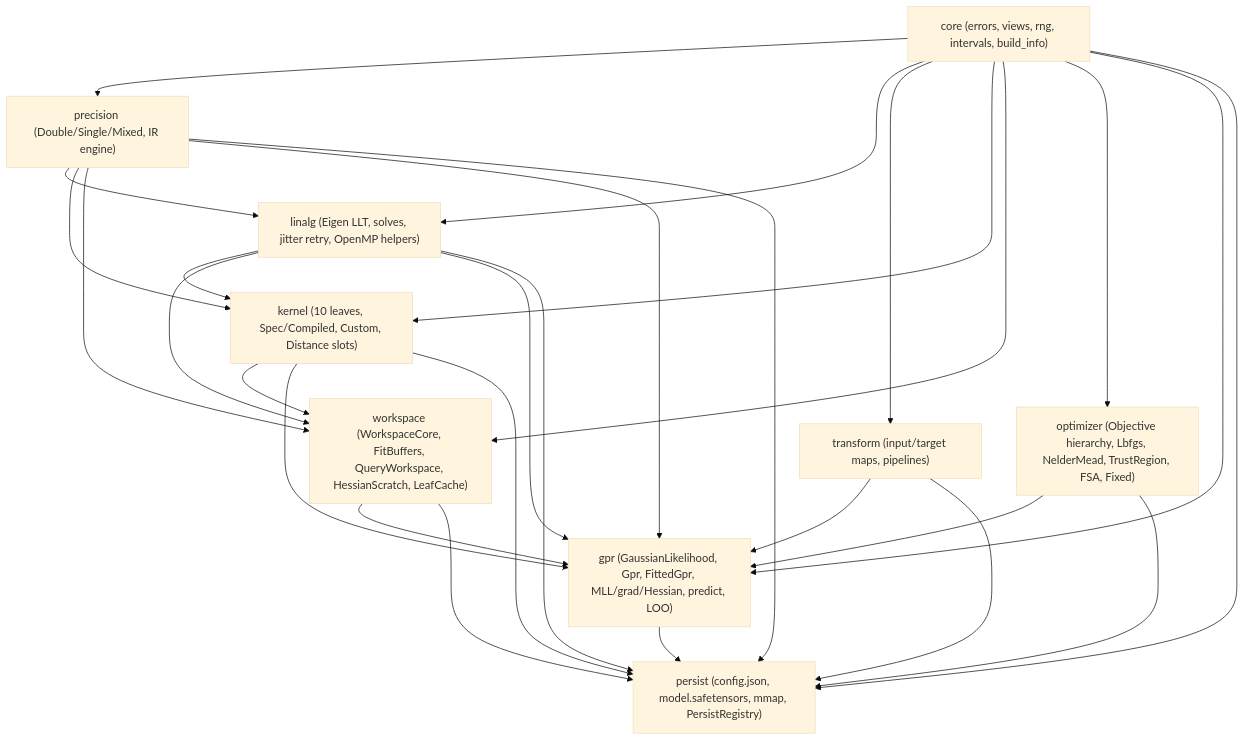
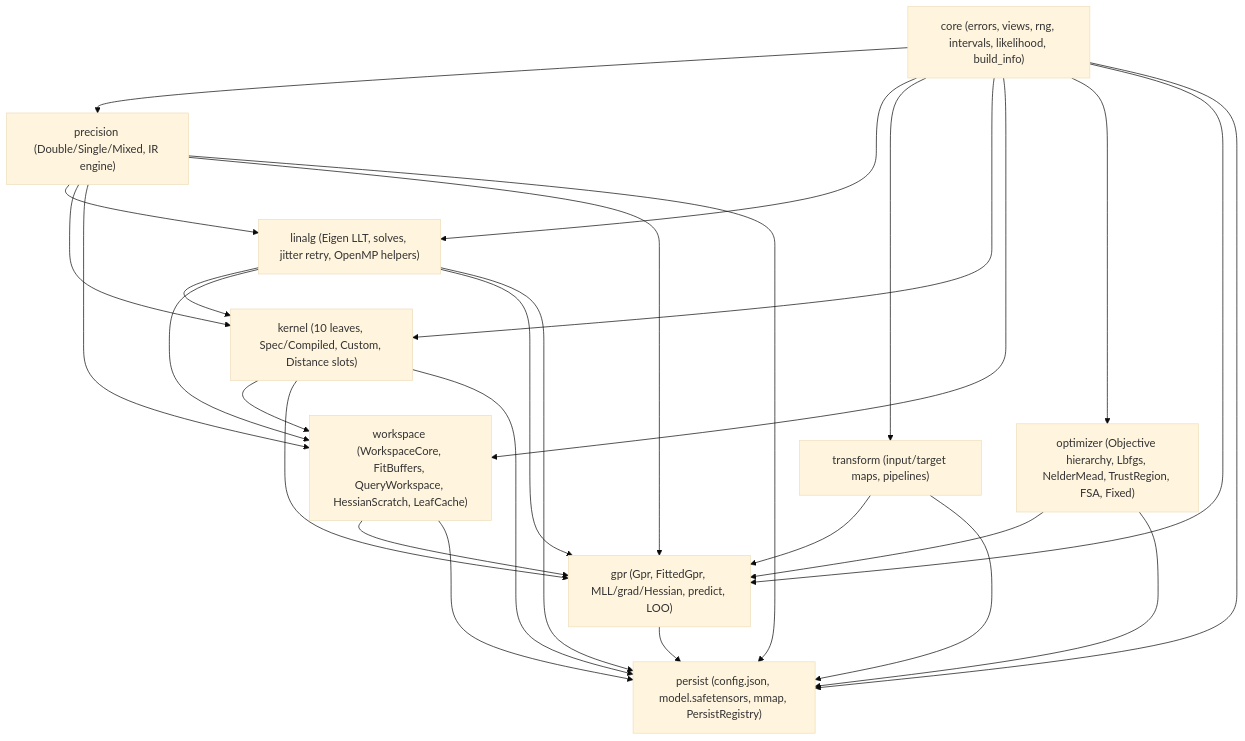
The diagram in docs/architecture.md (YUKIKEDA/cxxgpr), drawn with Mermaid (base theme) before and after one commit. The commit also changed other lines of this file and 22 other files, not shown here.

````diff
--- a/docs/architecture.md
+++ b/docs/architecture.md
@@ -7,40 +7,40 @@
 ```mermaid
 flowchart TB
-  CORE["core (errors, views, rng, intervals, build_info)"]
+  CORE["core (errors, views, rng, intervals, likelihood, build_info)"]
   PREC["precision (Double/Single/Mixed, IR engine)"]
   LIN["linalg (Eigen LLT, solves, jitter retry, OpenMP helpers)"]
   XFM["transform (input/target maps, pipelines)"]
   KERN["kernel (10 leaves, Spec/Compiled, Custom, Distance slots)"]
   WS["workspace (WorkspaceCore, FitBuffers, QueryWorkspace, HessianScratch, LeafCache)"]
   OPT["optimizer (Objective hierarchy, Lbfgs, NelderMead, TrustRegion, FSA, Fixed)"]
-  GPR["gpr (GaussianLikelihood, Gpr, FittedGpr, MLL/grad/Hessian, predict, LOO)"]
+  GPR["gpr (Gpr, FittedGpr, MLL/grad/Hessian, predict, LOO)"]
   PER["persist (config.json, model.safetensors, mmap, PersistRegistry)"]
 
   CORE --> PREC
   CORE --> LIN
   PREC --> LIN
   CORE --> XFM
   CORE --> KERN
   PREC --> KERN
   LIN --> KERN
   CORE --> WS
   PREC --> WS
   LIN --> WS
   KERN --> WS
   CORE --> OPT
   CORE --> GPR
   PREC --> GPR
   LIN --> GPR
   XFM --> GPR
   KERN --> GPR
   WS --> GPR
   OPT --> GPR
   CORE --> PER
   PREC --> PER
   LIN --> PER
   XFM --> PER
   KERN --> PER
   WS --> PER
   OPT --> PER
   GPR --> PER
 ```
````
